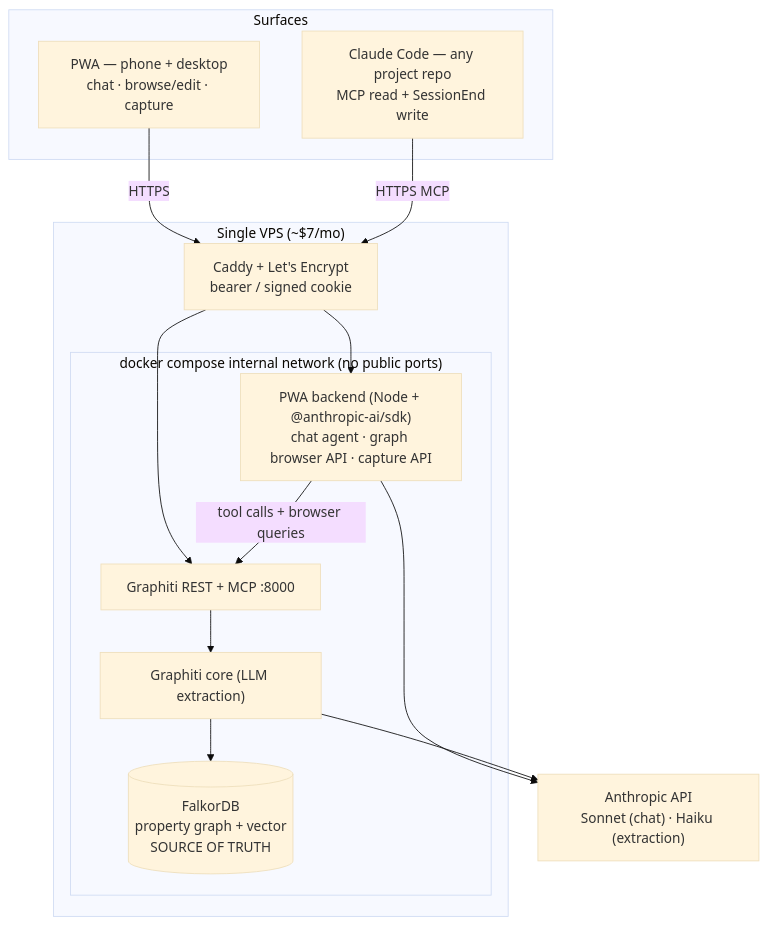
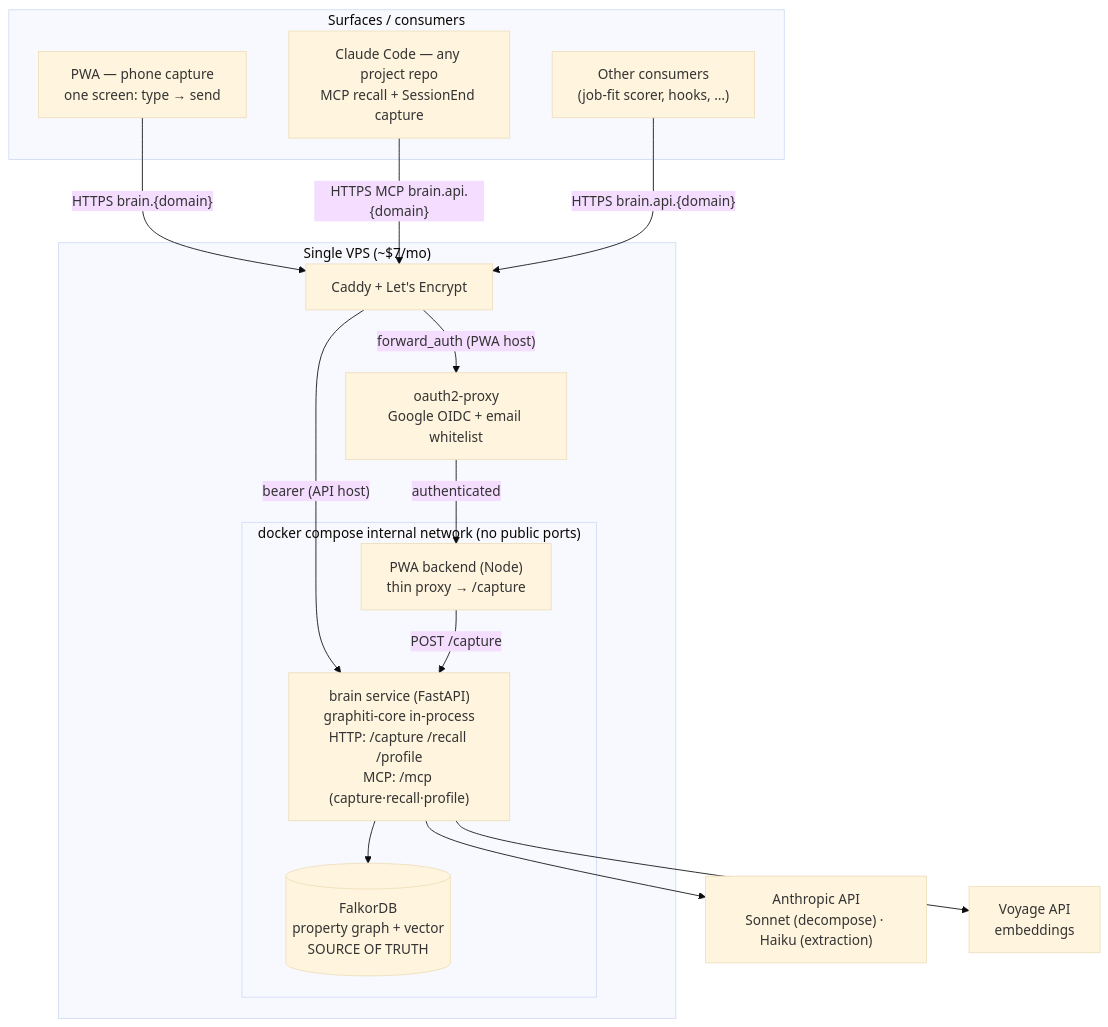
One commit to slaguardia/brainbot changed the diagram in architecture.md. Above: the diagram before and after it, drawn with Mermaid (base theme). The commit also changed other lines of this file and 5 other files, not shown here.

````diff
--- a/architecture.md
+++ b/architecture.md
@@ -82,30 +80,33 @@
 ```mermaid
 flowchart TB
-  subgraph Surfaces["Surfaces"]
-    PWA_UI["PWA — phone + desktop<br/>chat · browse/edit · capture"]
-    CC["Claude Code — any project repo<br/>MCP read + SessionEnd write"]
+  subgraph Surfaces["Surfaces / consumers"]
+    PWA_UI["PWA — phone capture<br/>one screen: type → send"]
+    CC["Claude Code — any project repo<br/>MCP recall + SessionEnd capture"]
+    APP["Other consumers<br/>(job-fit scorer, hooks, …)"]
   end
 
   subgraph VPS["Single VPS (~$7/mo)"]
-    CADDY["Caddy + Let's Encrypt<br/>bearer / signed cookie"]
+    CADDY["Caddy + Let's Encrypt"]
+    OAUTH["oauth2-proxy<br/>Google OIDC + email whitelist"]
 
     subgraph DockerNet["docker compose internal network (no public ports)"]
-      PWA_BE["PWA backend (Node + @anthropic-ai/sdk)<br/>chat agent · graph browser API · capture API"]
-      GMCP["Graphiti REST + MCP :8000"]
-      GCORE["Graphiti core (LLM extraction)"]
+      PWA_BE["PWA backend (Node)<br/>thin proxy → /capture"]
+      BRAIN["brain service (FastAPI)<br/>graphiti-core in-process<br/>HTTP: /capture /recall /profile<br/>MCP: /mcp (capture·recall·profile)"]
       FALKOR[("FalkorDB<br/>property graph + vector<br/>SOURCE OF TRUTH")]
     end
   end
 
-  ANTH["Anthropic API<br/>Sonnet (chat) · Haiku (extraction)"]
+  ANTH["Anthropic API<br/>Sonnet (decompose) · Haiku (extraction)"]
+  VOY["Voyage API<br/>embeddings"]
 
-  PWA_UI -->|HTTPS| CADDY
-  CC -->|HTTPS MCP| CADDY
-  CADDY --> PWA_BE
-  CADDY --> GMCP
-  PWA_BE -->|tool calls + browser queries| GMCP
-  PWA_BE --> ANTH
-  GMCP --> GCORE
-  GCORE --> FALKOR
-  GCORE --> ANTH
+  PWA_UI -->|"HTTPS brain.{domain}"| CADDY
+  CC -->|"HTTPS MCP brain.api.{domain}"| CADDY
+  APP -->|"HTTPS brain.api.{domain}"| CADDY
+  CADDY -->|"forward_auth (PWA host)"| OAUTH
+  OAUTH -->|authenticated| PWA_BE
+  CADDY -->|"bearer (API host)"| BRAIN
+  PWA_BE -->|POST /capture| BRAIN
+  BRAIN --> FALKOR
+  BRAIN --> ANTH
+  BRAIN --> VOY
 ```
````
